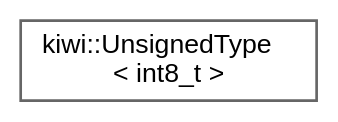
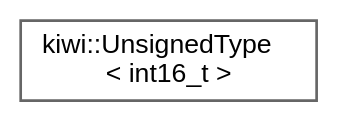
Before and after one commit to bab2min/Kiwi: the diagram in inherit_graph_99.dot, drawn with Graphviz. The commit also changed 249 other files, not shown here.

```diff
--- a/inherit_graph_99.dot
+++ b/inherit_graph_99.dot
@@ -1,9 +1,9 @@
 digraph "Graphical Class Hierarchy"
 {
  // LATEX_PDF_SIZE
   bgcolor="transparent";
   edge [fontname=Helvetica,fontsize=10,labelfontname=Helvetica,labelfontsize=10];
   node [fontname=Helvetica,fontsize=10,shape=box,height=0.2,width=0.4];
   rankdir="LR";
-  Node0 [id="Node000000",label="kiwi::UnsignedType\l\< int8_t \>",height=0.2,width=0.4,color="grey40", fillcolor="white", style="filled",URL="$structkiwi_1_1UnsignedType_3_01int8__t_01_4.html",tooltip=" "];
+  Node0 [id="Node000000",label="kiwi::UnsignedType\l\< int16_t \>",height=0.2,width=0.4,color="grey40", fillcolor="white", style="filled",URL="$structkiwi_1_1UnsignedType_3_01int16__t_01_4.html",tooltip=" "];
 }
```
